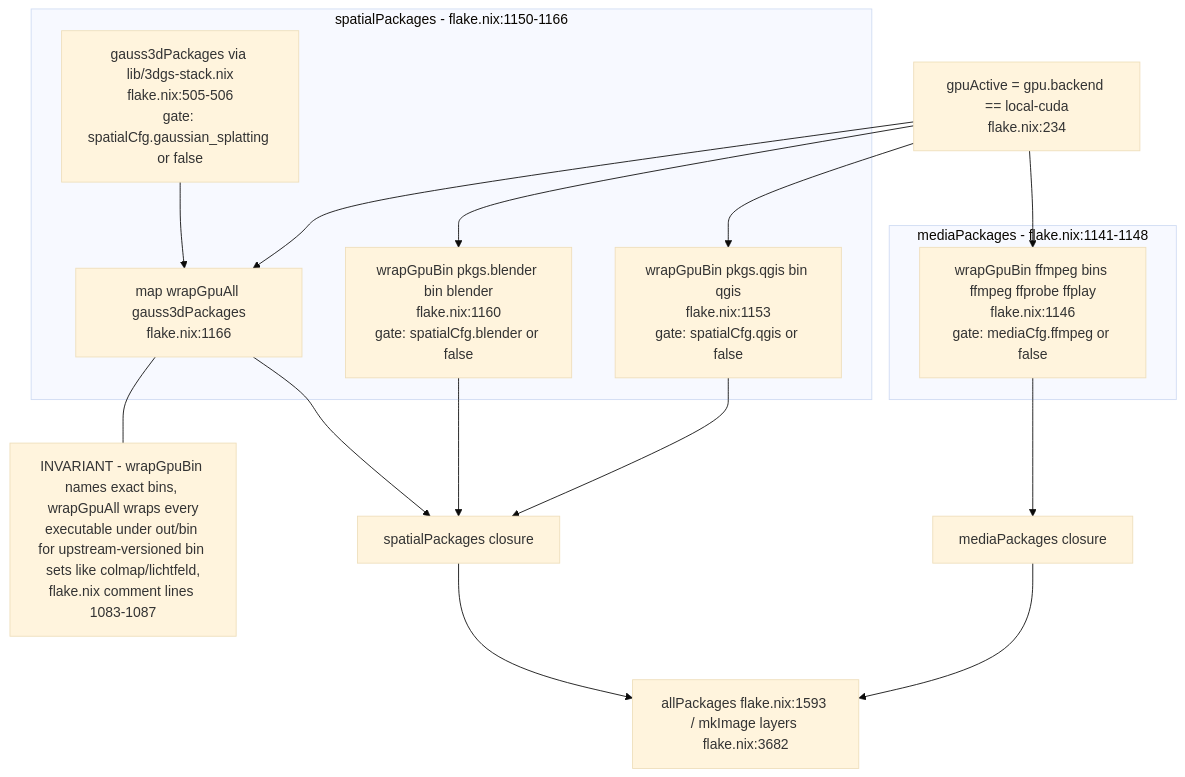
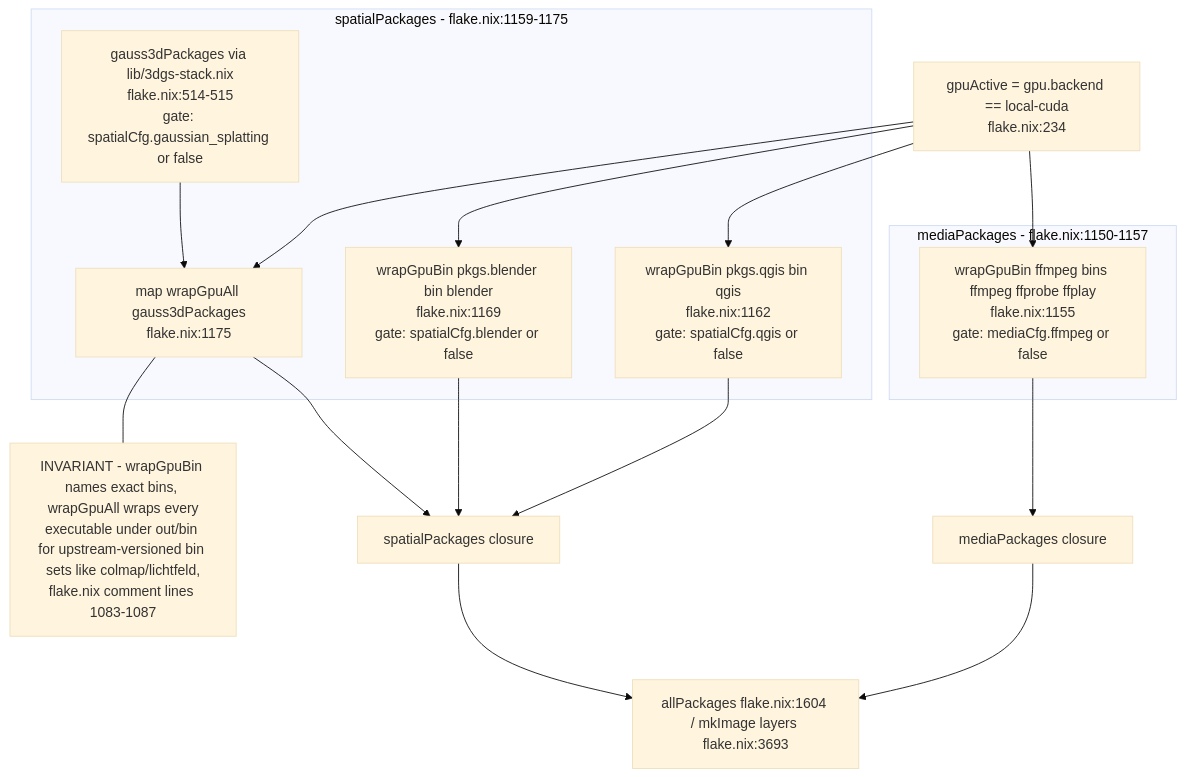
Before and after one commit to DreamLab-AI/VisionFlow: the seventh of 11 diagrams in docs/diagrams/agentbox/01-nix-flake-composition.md, drawn with Mermaid (base theme). The commit also changed other lines of this file and 292 other files, not shown here.

````diff
--- a/docs/diagrams/agentbox/01-nix-flake-composition.md
+++ b/docs/diagrams/agentbox/01-nix-flake-composition.md
@@ -269,32 +269,32 @@
 ```mermaid
 flowchart TB
     GPUACT["gpuActive = gpu.backend == local-cuda<br/>flake.nix:234"]
 
-    subgraph MEDIA["mediaPackages - flake.nix:1141-1148"]
-        FF["wrapGpuBin ffmpeg bins ffmpeg ffprobe ffplay<br/>flake.nix:1146<br/>gate: mediaCfg.ffmpeg or false"]
+    subgraph MEDIA["mediaPackages - flake.nix:1150-1157"]
+        FF["wrapGpuBin ffmpeg bins ffmpeg ffprobe ffplay<br/>flake.nix:1155<br/>gate: mediaCfg.ffmpeg or false"]
     end
 
-    subgraph SPATIAL["spatialPackages - flake.nix:1150-1166"]
-        QGIS["wrapGpuBin pkgs.qgis bin qgis<br/>flake.nix:1153<br/>gate: spatialCfg.qgis or false"]
-        BLENDER["wrapGpuBin pkgs.blender bin blender<br/>flake.nix:1160<br/>gate: spatialCfg.blender or false"]
-        GAUSS["gauss3dPackages via lib/3dgs-stack.nix<br/>flake.nix:505-506<br/>gate: spatialCfg.gaussian_splatting or false"]
-        WRAPALL["map wrapGpuAll gauss3dPackages<br/>flake.nix:1166"]
+    subgraph SPATIAL["spatialPackages - flake.nix:1159-1175"]
+        QGIS["wrapGpuBin pkgs.qgis bin qgis<br/>flake.nix:1162<br/>gate: spatialCfg.qgis or false"]
+        BLENDER["wrapGpuBin pkgs.blender bin blender<br/>flake.nix:1169<br/>gate: spatialCfg.blender or false"]
+        GAUSS["gauss3dPackages via lib/3dgs-stack.nix<br/>flake.nix:514-515<br/>gate: spatialCfg.gaussian_splatting or false"]
+        WRAPALL["map wrapGpuAll gauss3dPackages<br/>flake.nix:1175"]
         GAUSS --> WRAPALL
     end
 
     GPUACT --> FF
     GPUACT --> QGIS
     GPUACT --> BLENDER
     GPUACT --> WRAPALL
 
     FF --> MEDIAPKG["mediaPackages closure"]
     QGIS --> SPATIALPKG["spatialPackages closure"]
     BLENDER --> SPATIALPKG
     WRAPALL --> SPATIALPKG
 
-    MEDIAPKG --> ALLPKG["allPackages flake.nix:1593 / mkImage layers flake.nix:3682"]
+    MEDIAPKG --> ALLPKG["allPackages flake.nix:1604 / mkImage layers flake.nix:3693"]
     SPATIALPKG --> ALLPKG
 
     NOTE1["INVARIANT - wrapGpuBin names exact bins, wrapGpuAll wraps every<br/>executable under out/bin for upstream-versioned bin sets like colmap/lichtfeld,<br/>flake.nix comment lines 1083-1087"]
     WRAPALL --- NOTE1
 ```
````
